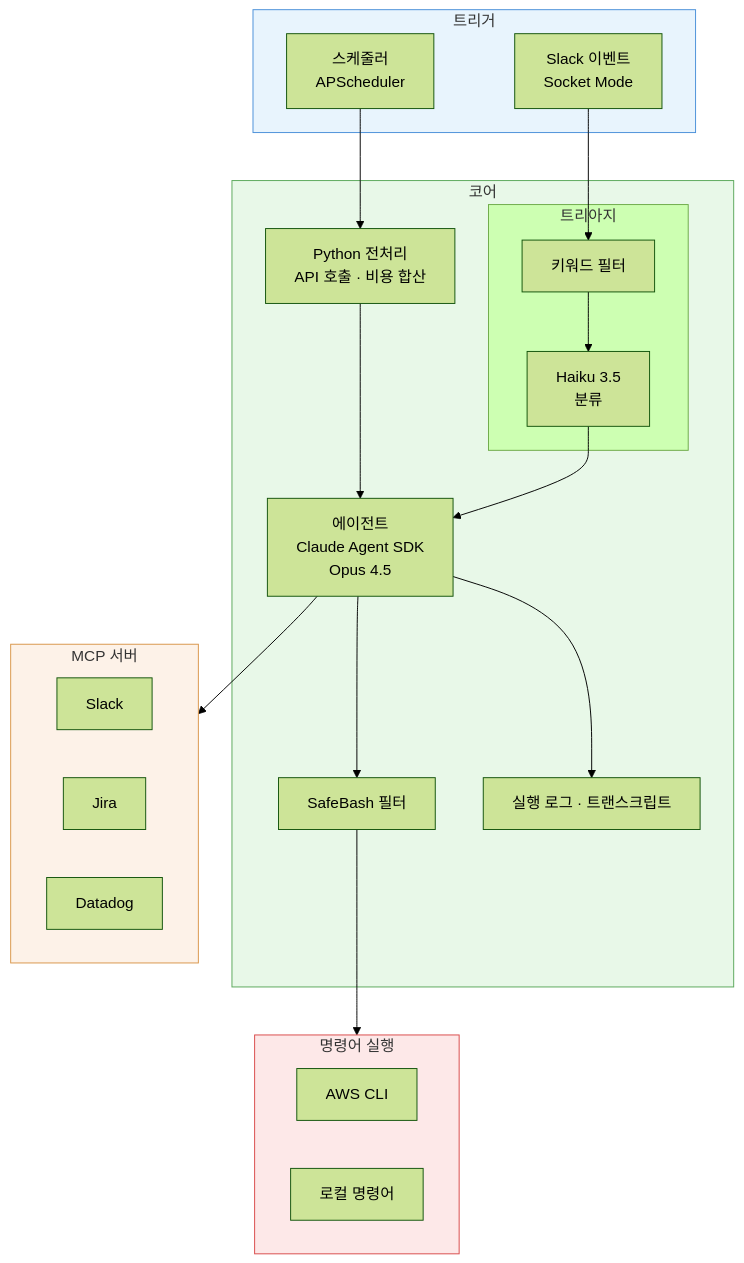
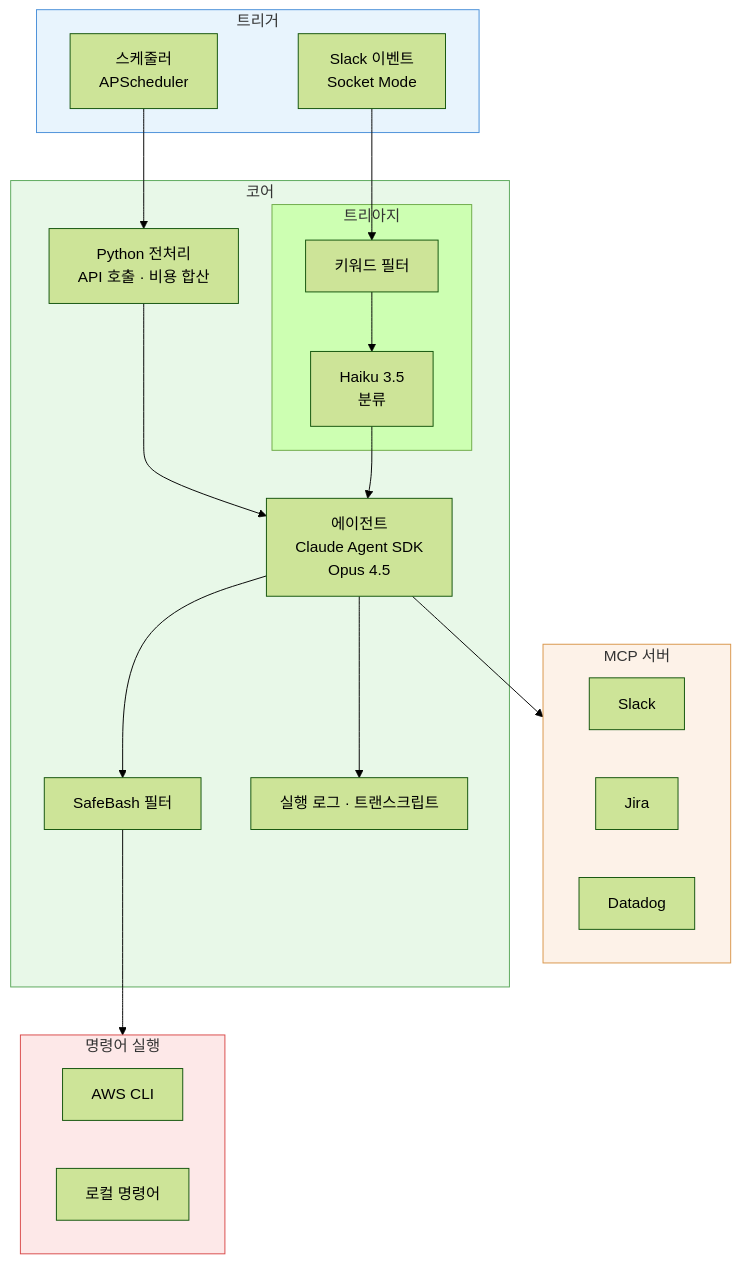
Before and after one commit to kimduksoo/duksoo-tech-blog: the first of 3 diagrams in content/ai/ai-infra-automation.md, drawn with Mermaid (forest theme). The commit also changed other lines of this file, not shown here.

Commit message:
MCP 서버 상단, 명령어 실행 하단 배치

````diff
--- a/content/ai/ai-infra-automation.md
+++ b/content/ai/ai-infra-automation.md
@@ -26,38 +26,38 @@
 ```mermaid
 flowchart TB
     subgraph 트리거
         Cron[스케줄러<br/>APScheduler]
         Event[Slack 이벤트<br/>Socket Mode]
+    end
+
+    subgraph MCP[MCP 서버]
+        S[Slack]
+        J[Jira]
+        D[Datadog]
     end
 
     subgraph 코어
         subgraph 트리아지
             KW[키워드 필터] --> Haiku[Haiku 3.5<br/>분류]
         end
         Pre[Python 전처리<br/>API 호출 · 비용 합산] --> Agent[에이전트<br/>Claude Agent SDK<br/>Opus 4.5]
         Haiku --> Agent
         Agent --> Safe[SafeBash 필터]
         Agent --> Log[실행 로그 · 트랜스크립트]
     end
 
-    subgraph MCP[MCP 서버]
-        S[Slack]
-        J[Jira]
-        D[Datadog]
-    end
-
     subgraph CLI[명령어 실행]
         AWS[AWS CLI]
         Local[로컬 명령어]
     end
 
     Cron --> Pre
     Event --> KW
+    Agent --> MCP
     Safe --> CLI
-    Agent --> MCP
 
     style 트리거 fill:#e8f4fd,stroke:#4a90d9
     style 코어 fill:#e8f8e8,stroke:#5ba85b
     style MCP fill:#fdf2e8,stroke:#d9964a
     style CLI fill:#fde8e8,stroke:#d94a4a
 ```
````
